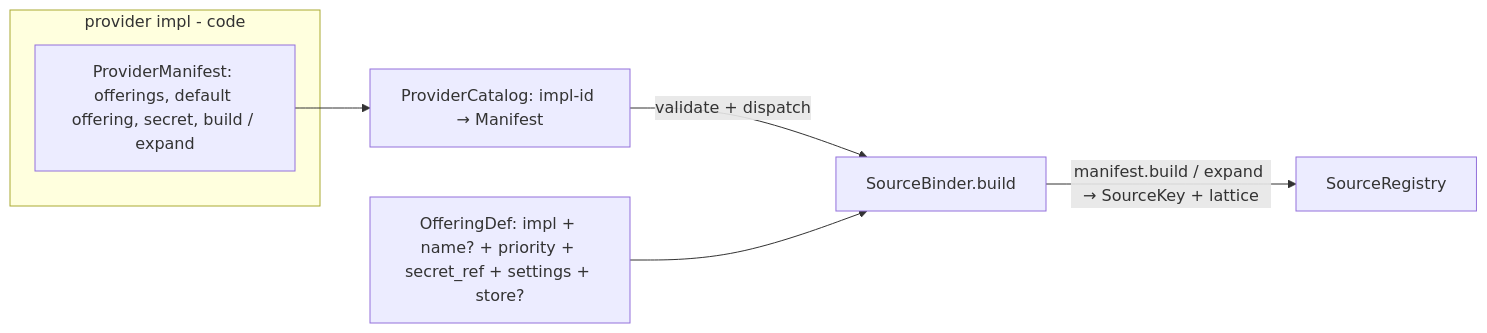
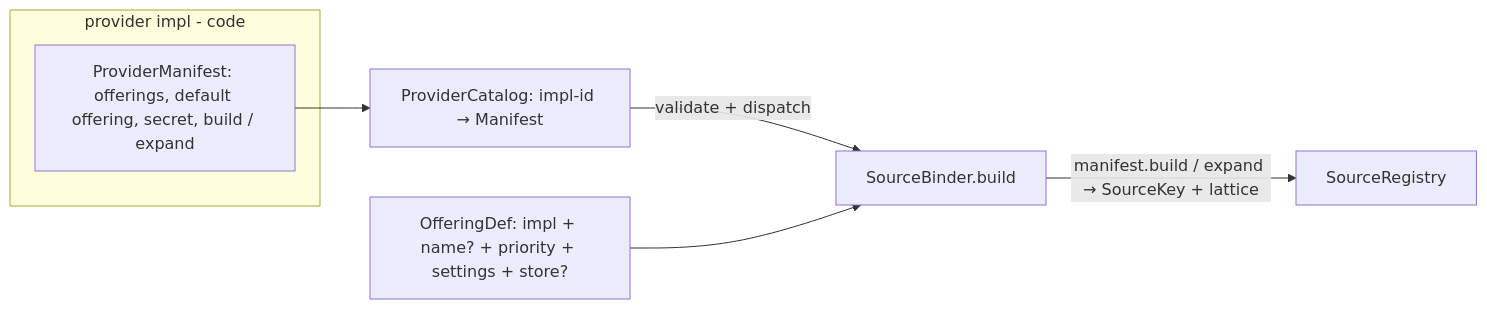
Before and after one commit to dveyarangi/meteoscape: the second of 4 diagrams in docs/adr/0005-build-time-composition.md, drawn with Mermaid. The commit also changed other lines of this file and 14 other files, not shown here.

````diff
--- a/docs/adr/0005-build-time-composition.md
+++ b/docs/adr/0005-build-time-composition.md
@@ -57,12 +63,12 @@
 ```mermaid
 flowchart LR
   subgraph impl [provider impl - code]
     M["ProviderManifest: offerings, default offering, secret, build / expand"]
   end
   CAT["ProviderCatalog: impl-id → Manifest"]
-  OD["OfferingDef: impl + name? + priority + secret_ref + settings + store?"]
+  OD["OfferingDef: impl + name? + priority + settings + store?"]
   M --> CAT
   CAT -->|validate + dispatch| SB[SourceBinder.build]
   OD --> SB
   SB -->|"manifest.build / expand → SourceKey + lattice"| PR[SourceRegistry]
 ```
````
